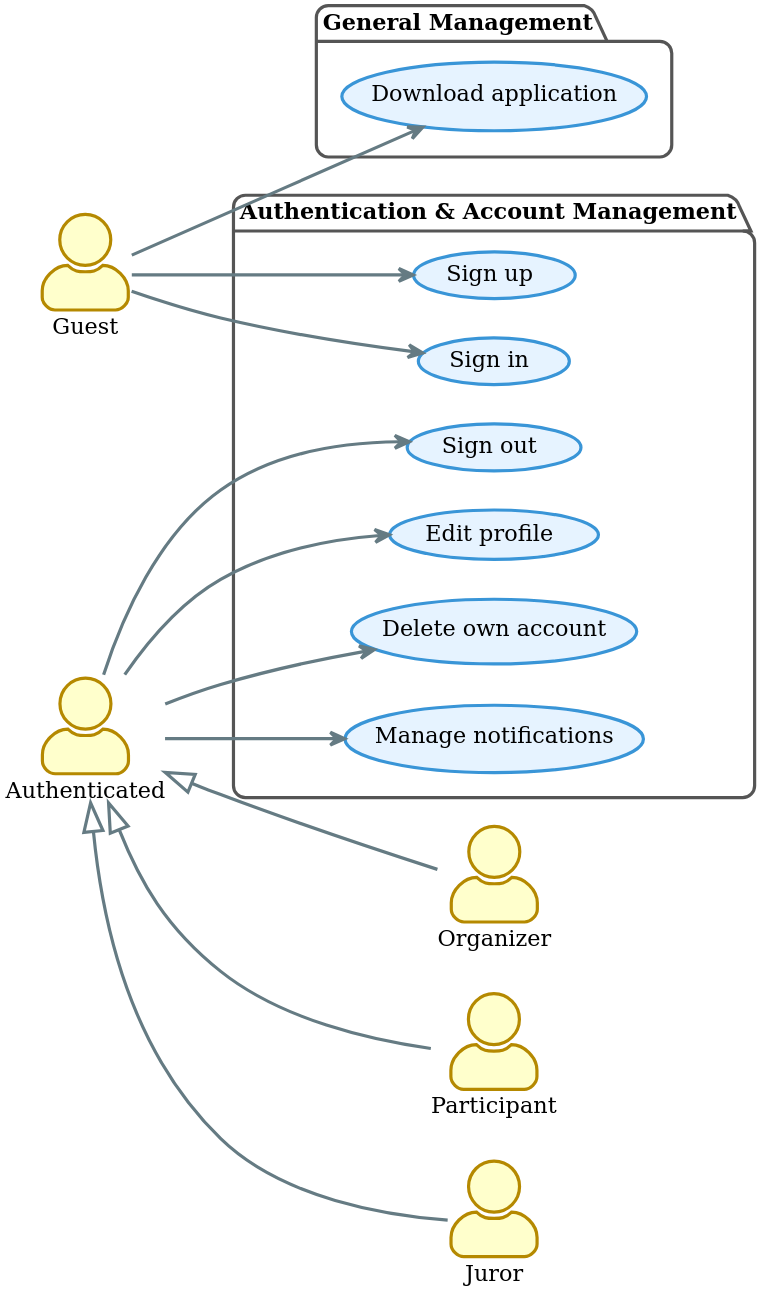
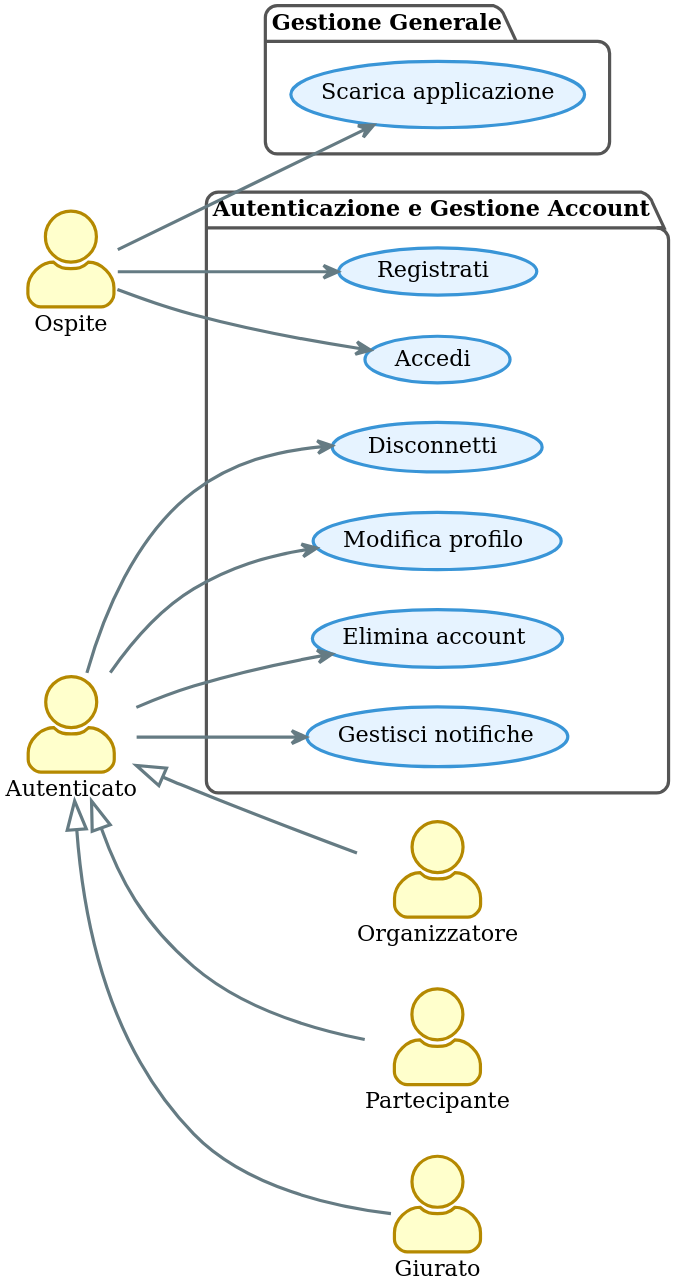
Before and after one commit to TMoretta/Swift-Contest: the diagram in thesis/diagrams/src/use-case-diagram-1.puml, drawn with PlantUML. The commit also changed 61 other files, not shown here.

```diff
--- a/thesis/diagrams/src/use-case-diagram-1.puml
+++ b/thesis/diagrams/src/use-case-diagram-1.puml
@@ -1,65 +1,65 @@
 @startuml
 
 !theme sunlust
 skinparam dpi 300
 left to right direction
 skinparam backgroundColor transparent
 skinparam actorStyle awesome
 skinparam shadowing false
 skinparam nodesep 25
 
 skinparam package {
     backgroundColor #FFFFFF
     borderColor #555555
 }
 skinparam usecase {
   backgroundColor #E6F3FF
   borderColor #3995D7
 }
 
 ' =======================================
 ' Attori
 ' =======================================
-actor Guest
-actor Authenticated
-actor Organizer
-actor Participant
-actor Juror
+actor Ospite
+actor Autenticato
+actor Organizzatore
+actor Partecipante
+actor Giurato
 
-Authenticated <|-- Organizer
-Authenticated <|-- Participant
-Authenticated <|-- Juror
+Autenticato <|-- Organizzatore
+Autenticato <|-- Partecipante
+Autenticato <|-- Giurato
 
 ' =======================================
 ' Packages e Casi d'Uso
 ' =======================================
 
-package "General Management" {
-  usecase "Download application" as UC_DownloadApplication
+package "Gestione Generale" {
+  usecase "Scarica applicazione" as UC_DownloadApplication
 }
 
-package "Authentication & Account Management" {
-  usecase "Sign up" as UC_SignUp
-  usecase "Sign in" as UC_SignIn
-  usecase "Sign out" as UC_SignOut
-  usecase "Edit profile" as UC_EditProfile
-  usecase "Delete own account" as UC_DeleteAccount
-  usecase "Manage notifications" as UC_ManageNotifications
+package "Autenticazione e Gestione Account" {
+  usecase "Registrati" as UC_SignUp
+  usecase "Accedi" as UC_SignIn
+  usecase "Disconnetti" as UC_SignOut
+  usecase "Modifica profilo" as UC_EditProfile
+  usecase "Elimina account" as UC_DeleteAccount
+  usecase "Gestisci notifiche" as UC_ManageNotifications
 }
 
 ' =======================================
 ' Connessioni
 ' =======================================
 
-' Guest
-Guest --> UC_SignUp
-Guest --> UC_SignIn
-Guest --> UC_DownloadApplication
+' Ospite
+Ospite --> UC_SignUp
+Ospite --> UC_SignIn
+Ospite --> UC_DownloadApplication
 
-' Authenticated
-Authenticated --> UC_SignOut
-Authenticated --> UC_EditProfile
-Authenticated --> UC_DeleteAccount
-Authenticated --> UC_ManageNotifications
+' Autenticato
+Autenticato --> UC_SignOut
+Autenticato --> UC_EditProfile
+Autenticato --> UC_DeleteAccount
+Autenticato --> UC_ManageNotifications
 
 @enduml
```
